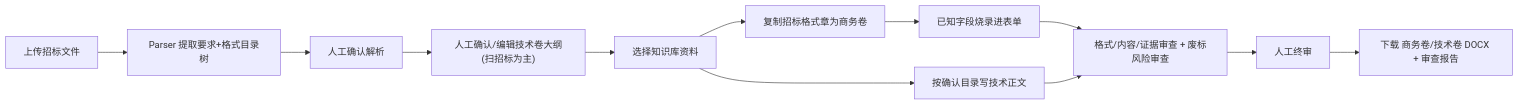
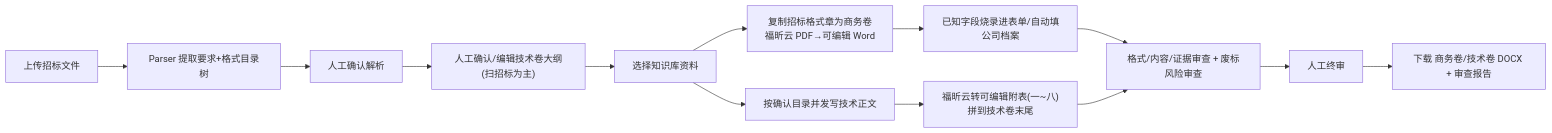
The diagram in minitasks.md (fakelilway/TenderDoc-Generator), drawn with Mermaid before and after one commit. The commit also changed other lines of this file and 4 other files, not shown here.

````diff
--- a/minitasks.md
+++ b/minitasks.md
@@ -11,14 +11,15 @@
 ```mermaid
 flowchart LR
     A["上传招标文件"] --> B["Parser 提取要求+格式目录树"]
     B --> C["人工确认解析"]
     C --> C2["人工确认/编辑技术卷大纲(扫招标为主)"]
     C2 --> D["选择知识库资料"]
-    D --> E["复制招标格式章为商务卷"]
-    E --> F["已知字段烧录进表单"]
-    D --> G["按确认目录写技术正文"]
+    D --> E["复制招标格式章为商务卷<br/>福昕云 PDF→可编辑 Word"]
+    E --> F["已知字段烧录进表单/自动填公司档案"]
+    D --> G["按确认目录并发写技术正文"]
+    G --> G2["福昕云转可编辑附表(一~八)拼到技术卷末尾"]
     F --> H["格式/内容/证据审查 + 废标风险审查"]
-    G --> H
+    G2 --> H
     H --> I["人工终审"]
     I --> J["下载 商务卷/技术卷 DOCX + 审查报告"]
 ```
````
